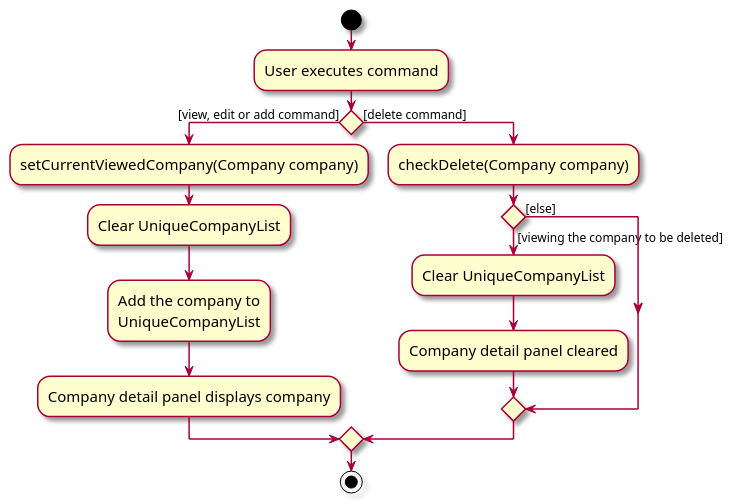
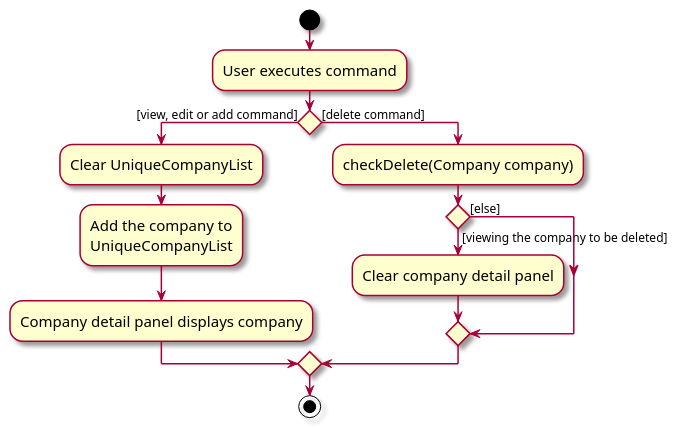
The diagram in docs/diagrams/CompanyDetailPanelActivityDiagram.puml (tayruxin/tp), drawn with PlantUML before and after one commit. The commit also changed 2 other files, not shown here.

```diff
--- a/docs/diagrams/CompanyDetailPanelActivityDiagram.puml
+++ b/docs/diagrams/CompanyDetailPanelActivityDiagram.puml
@@ -1,27 +1,25 @@
 @startuml
 skin rose
 skinparam ActivityFontSize 15
 skinparam ArrowFontSize 12
 start
 :User executes command;
 
 'Since the beta syntax does not support placing the condition outside the
 'diamond we place it as the true branch instead.
 
 if () then ([view, edit or add command])
-    :setCurrentViewedCompany(Company company);
     :Clear UniqueCompanyList;
     :Add the company to
     UniqueCompanyList;
     :Company detail panel displays company;
 else ([delete command])
     :checkDelete(Company company);
     if () then ([viewing the company to be deleted])
-        :Clear UniqueCompanyList;
-        :Company detail panel cleared;
+        :Clear company detail panel;
     else ([else])
     endif
 
 endif
 stop
 @enduml
```
